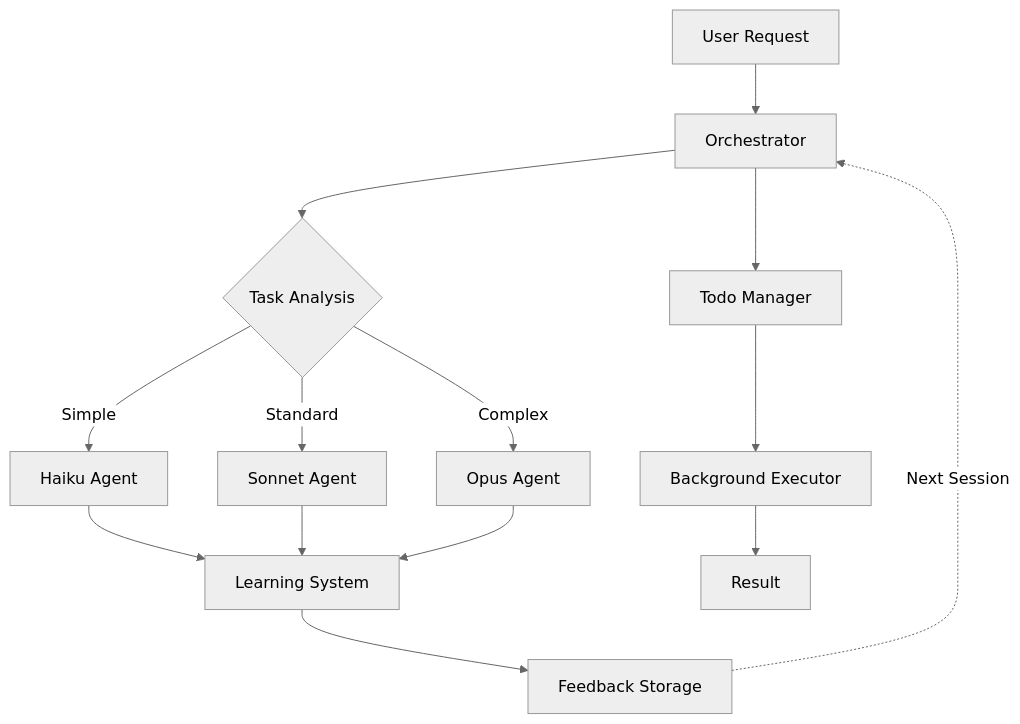
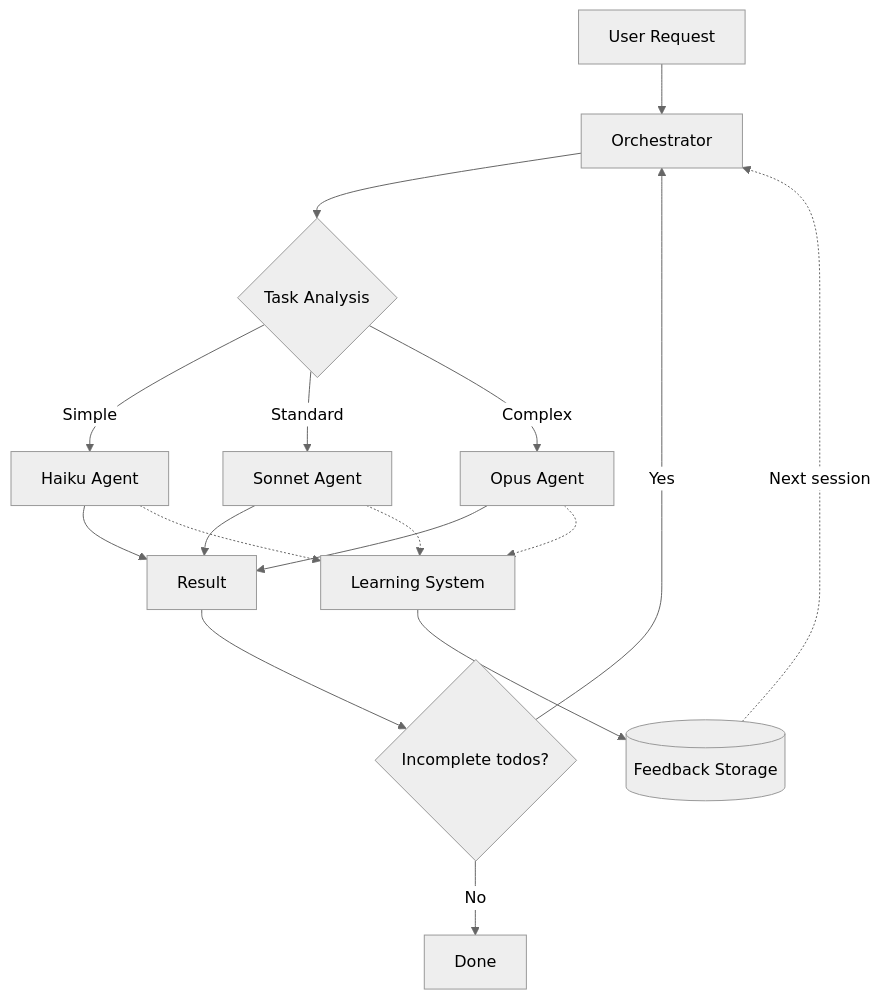
Before and after one commit to mikev10/olympus: the diagram in README.md, drawn with Mermaid (neutral theme). The commit also changed other lines of this file and 7 other files, not shown here.

````diff
--- a/README.md
+++ b/README.md
@@ -269,16 +64,19 @@
 ```mermaid
 graph TD
     A[User Request] --> B[Orchestrator]
     B --> C{Task Analysis}
     C -->|Simple| D[Haiku Agent]
     C -->|Standard| E[Sonnet Agent]
     C -->|Complex| F[Opus Agent]
-    D --> G[Learning System]
+    D --> G[Result]
     E --> G
     F --> G
-    G --> H[Feedback Storage]
-    H -.->|Next Session| B
-    B --> I[Todo Manager]
-    I --> J[Background Executor]
-    J --> K[Result]
+    G --> H{Incomplete todos?}
+    H -->|Yes| B
+    H -->|No| I[Done]
+    D -.-> J[Learning System]
+    E -.-> J
+    F -.-> J
+    J --> K[(Feedback Storage)]
+    K -.->|Next session| B
 ```
````
